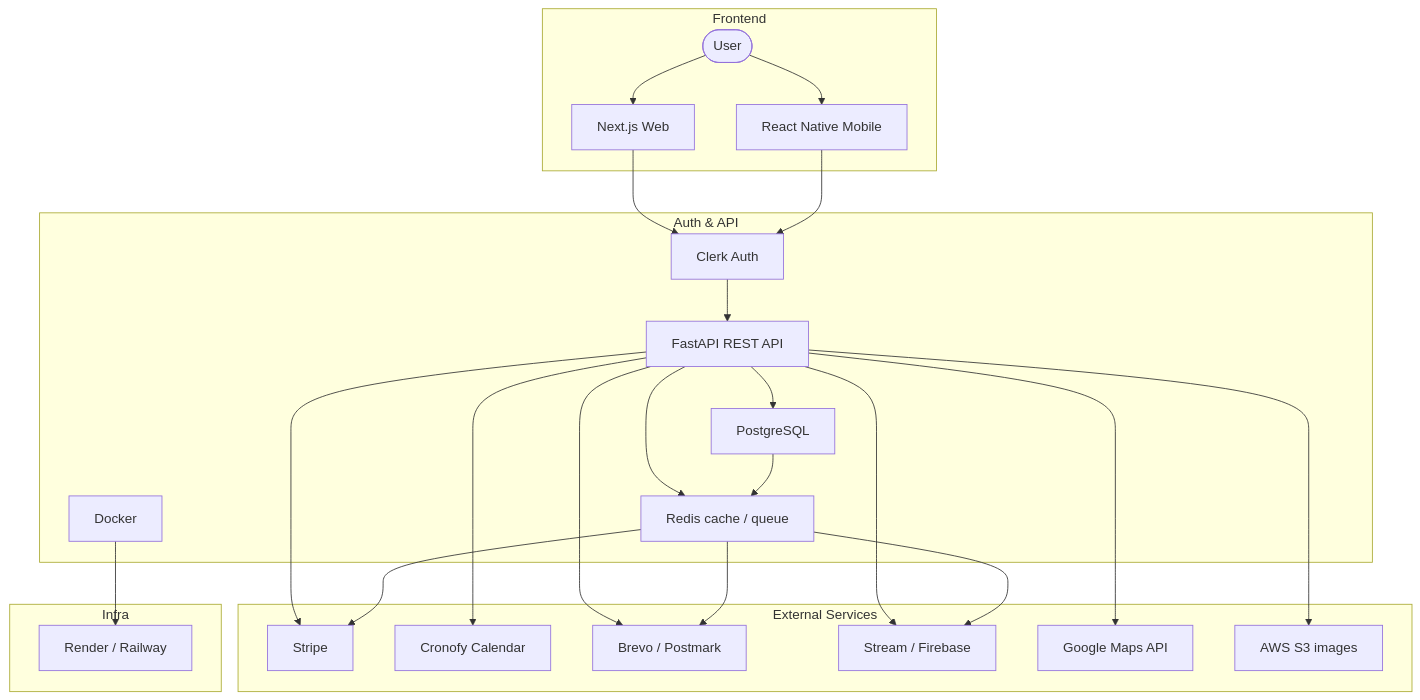
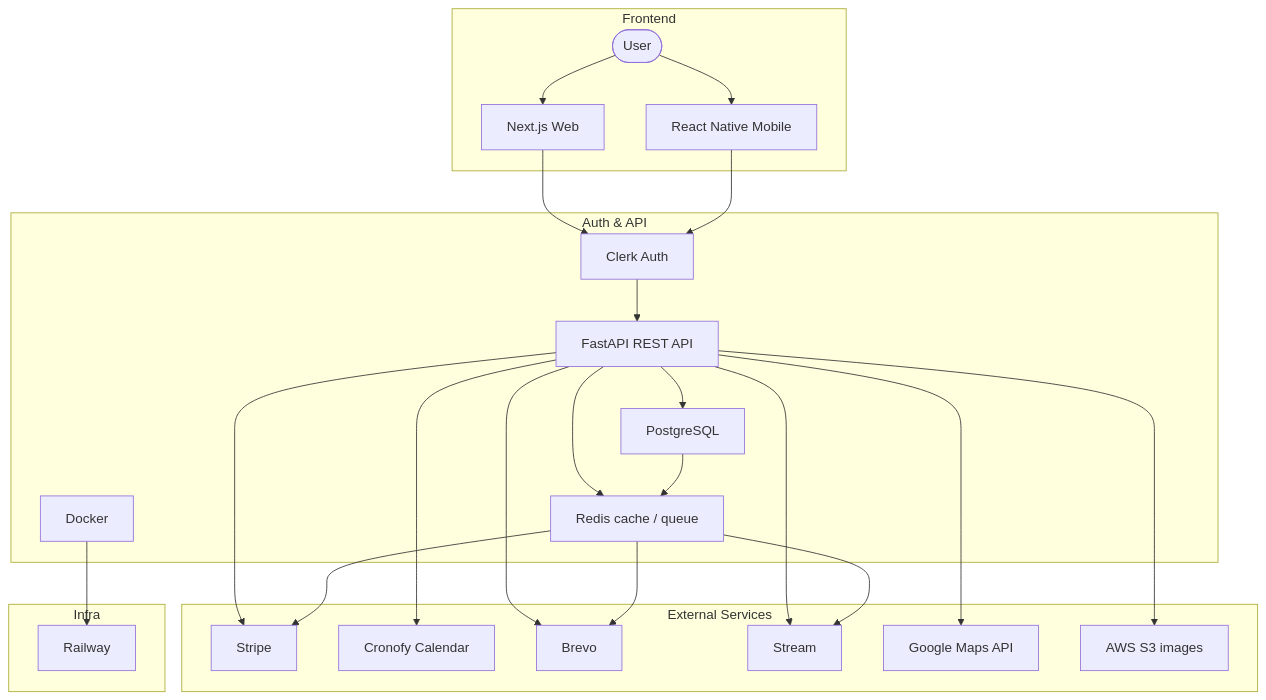
The diagram in README.md (LabsFood/LF-BackEnd), drawn with Mermaid before and after one commit. The commit also changed other lines of this file and 1 other file, not shown here.

````diff
--- a/README.md
+++ b/README.md
@@ -35,48 +40,48 @@
 ```mermaid
 graph TD
     subgraph Frontend
         A([User])
         B[Next.js Web]
         C[React Native Mobile]
     end
 
     subgraph Auth_and_API["Auth & API"]
         D[Clerk Auth]
         E[FastAPI REST API]
         F[Docker]
         G[Redis cache / queue]
         H[PostgreSQL]
     end
 
     subgraph External_Services["External Services"]
         I[Stripe]
         J[Cronofy Calendar]
-        K[Brevo / Postmark]
-        L[Stream / Firebase]
+        K[Brevo]
+        L[Stream]
         M[Google Maps API]
         N[AWS S3 images]
     end
 
     subgraph Infra
-        O[Render / Railway]
+        O[Railway]
     end
 
     A --> B
     A --> C
     B --> D
     C --> D
     D --> E
     E --> H
     E --> G
     E --> I
     E --> J
     E --> K
     E --> L
     E --> M
     E --> N
     G --> K
     G --> L
     G --> I
     H --> G
     F --> O
 ```
````
